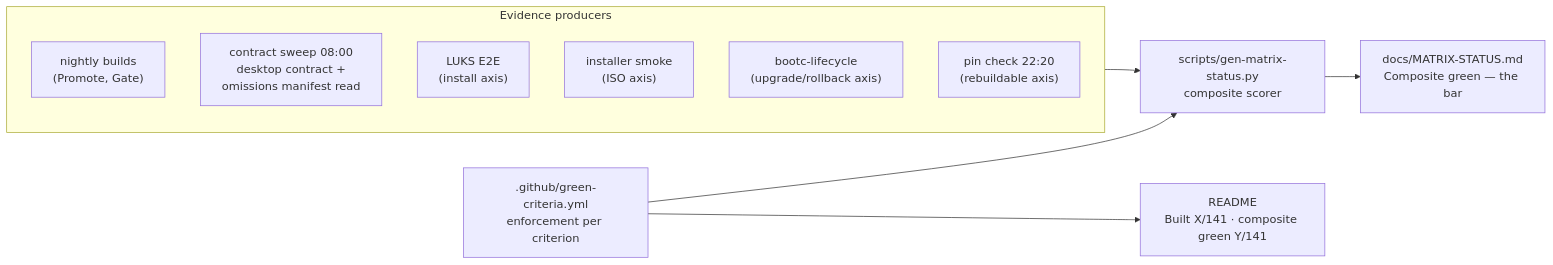
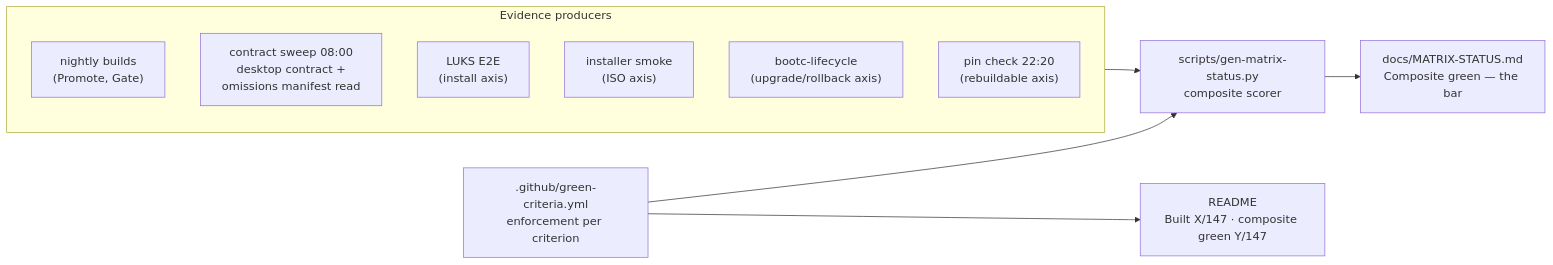
One commit to tuna-os/tunaOS changed the fifth of 5 diagrams in docs/DEVELOPER-GUIDE.md. Above: the diagram before and after it, drawn with Mermaid. The commit also changed other lines of this file and 18 other files, not shown here.

````diff
--- a/docs/DEVELOPER-GUIDE.md
+++ b/docs/DEVELOPER-GUIDE.md
@@ -258,20 +258,20 @@
 ```mermaid
 flowchart LR
     subgraph evidence["Evidence producers"]
         BLD["nightly builds<br/>(Promote, Gate)"]
         SWEEP["contract sweep 08:00<br/>desktop contract +<br/>omissions manifest read"]
         LUKS["LUKS E2E<br/>(install axis)"]
         ISO["installer smoke<br/>(ISO axis)"]
         LC["bootc-lifecycle<br/>(upgrade/rollback axis)"]
         PIN["pin check 22:20<br/>(rebuildable axis)"]
     end
     CRIT[".github/green-criteria.yml<br/>enforcement per criterion"]
     GEN["scripts/gen-matrix-status.py<br/>composite scorer"]
     MS["docs/MATRIX-STATUS.md<br/>Composite green — the bar"]
-    RM["README<br/>Built X/141 · composite green Y/141"]
+    RM["README<br/>Built X/147 · composite green Y/147"]
 
     evidence --> GEN
     CRIT --> GEN
     GEN --> MS
     CRIT --> RM
 ```
````
